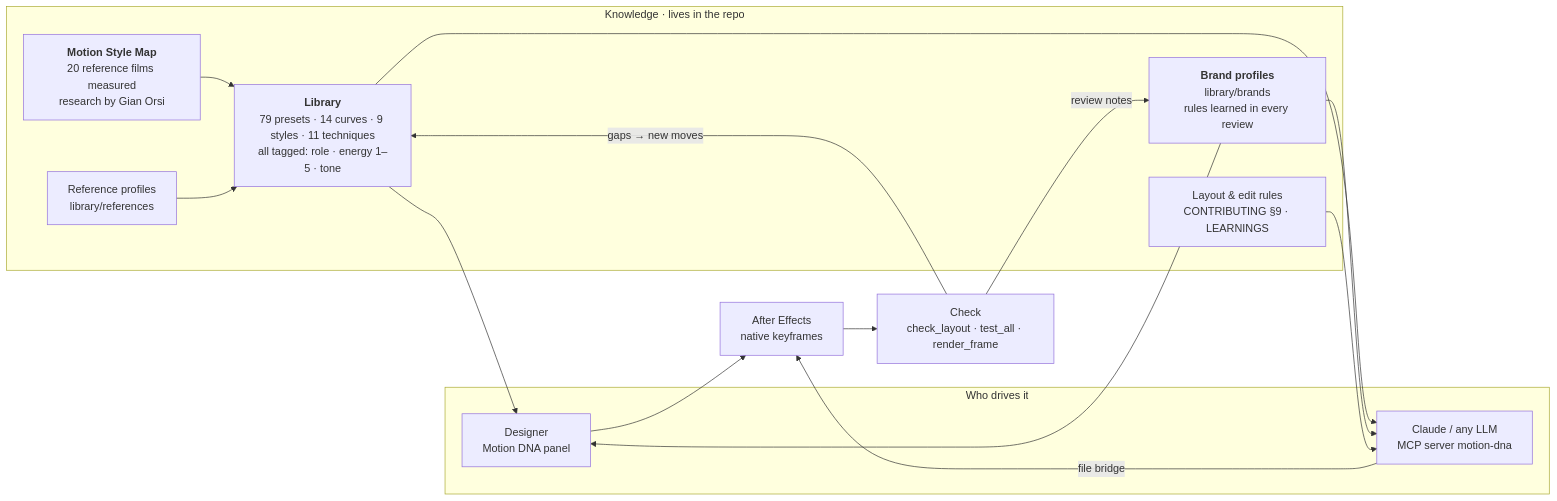
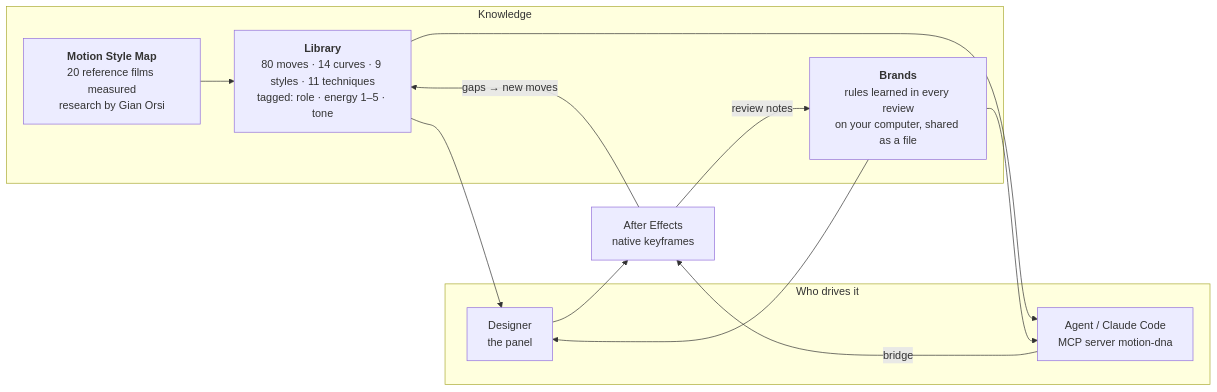
Before and after one commit to aaronamortegui-glitch/Motion_library: the second of 2 diagrams in README.md, drawn with Mermaid. The commit also changed other lines of this file and 14 other files, not shown here.

````diff
--- a/README.md
+++ b/README.md
@@ -14,26 +145,21 @@
 ```mermaid
 flowchart LR
-  subgraph K["Knowledge · lives in the repo"]
+  subgraph K["Knowledge"]
     MSM["<b>Motion Style Map</b><br/>20 reference films measured<br/>research by Gian Orsi"]
-    REF["Reference profiles<br/>library/references"]
-    LIB["<b>Library</b><br/>79 presets · 14 curves · 9 styles · 11 techniques<br/>all tagged: role · energy 1–5 · tone"]
-    BR["<b>Brand profiles</b><br/>library/brands<br/>rules learned in every review"]
-    RU["Layout &amp; edit rules<br/>CONTRIBUTING §9 · LEARNINGS"]
+    LIB["<b>Library</b><br/>80 moves · 14 curves · 9 styles · 11 techniques<br/>tagged: role · energy 1–5 · tone"]
+    BR["<b>Brands</b><br/>rules learned in every review<br/>on your computer, shared as a file"]
     MSM --> LIB
-    REF --> LIB
   end
   subgraph D["Who drives it"]
-    P["Designer<br/>Motion DNA panel"]
-    C["Claude / any LLM<br/>MCP server motion-dna"]
+    P["Designer<br/>the panel"]
+    C["Agent / Claude Code<br/>MCP server motion-dna"]
   end
   LIB --> P
   LIB --> C
   BR --> P
   BR --> C
-  RU --> C
   P --> AE["After Effects<br/>native keyframes"]
-  C -- "file bridge" --> AE
-  AE --> QA["Check<br/>check_layout · test_all · render_frame"]
-  QA -- "review notes" --> BR
-  QA -- "gaps → new moves" --> LIB
+  C -- "bridge" --> AE
+  AE -- "review notes" --> BR
+  AE -- "gaps → new moves" --> LIB
 ```
````
